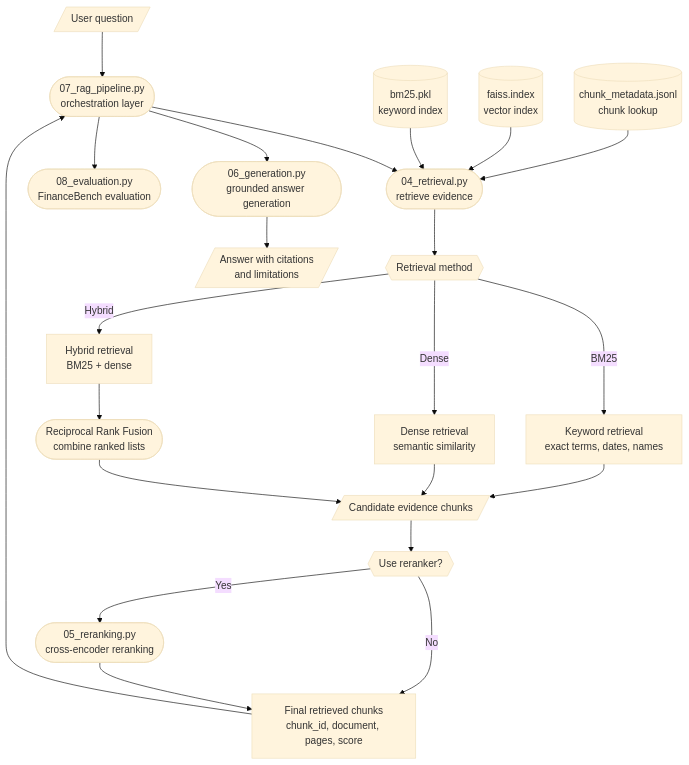
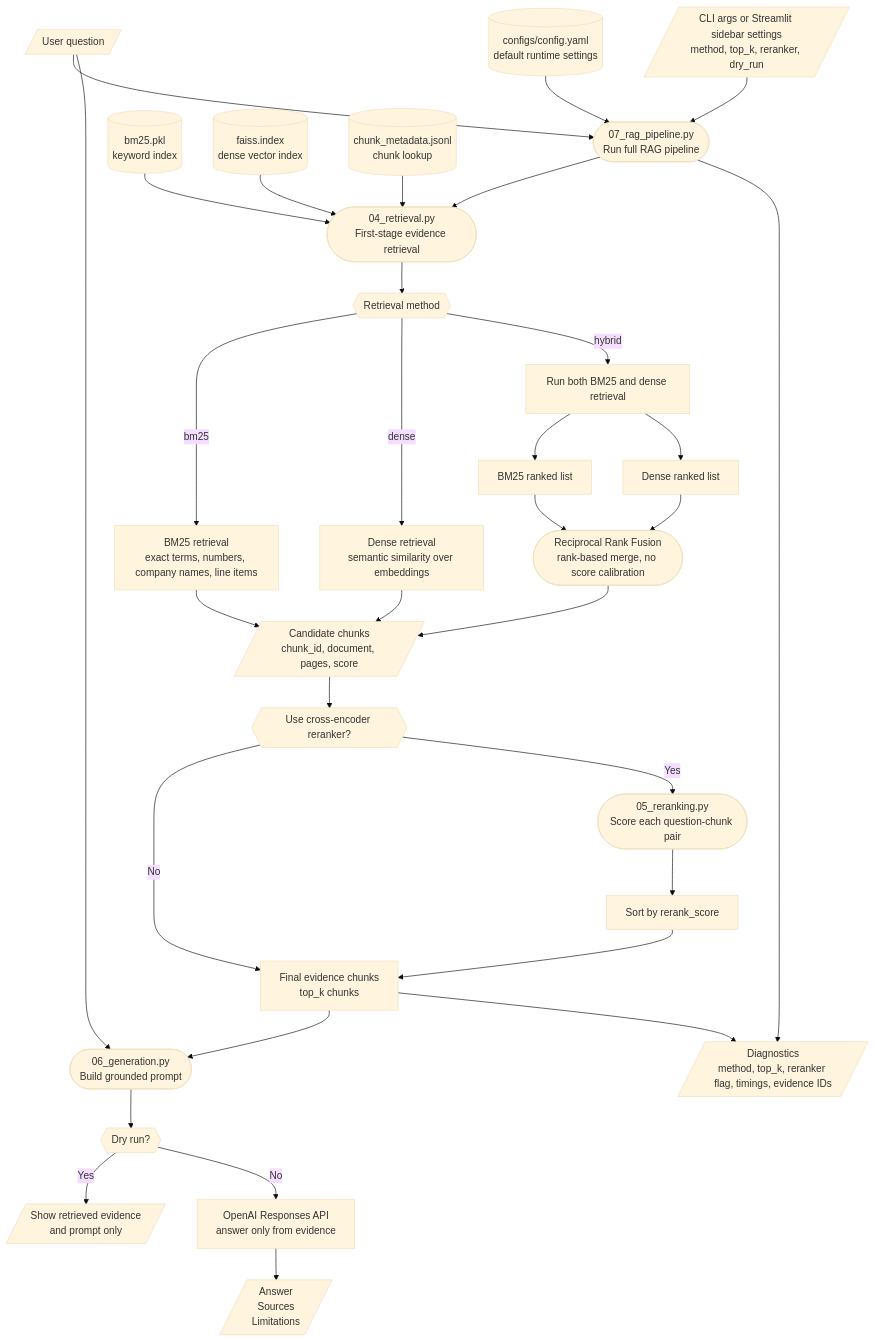
Before and after one commit to RegNLP/FinanceRAG-mini: the second of 3 diagrams in README.md, drawn with Mermaid (base theme). The commit also changed other lines of this file, not shown here.

````diff
--- a/README.md
+++ b/README.md
@@ -50,29 +145,47 @@
 ```mermaid
 flowchart TD
-    Q[/User question/] --> PIPE([07_rag_pipeline.py<br/>orchestration layer])
-    PIPE --> R([04_retrieval.py<br/>retrieve evidence])
+    %% User and orchestration
+    Q[/User question/] --> PIPE([07_rag_pipeline.py<br/>Run full RAG pipeline])
+    CFG[(configs/config.yaml<br/>default runtime settings)] --> PIPE
+    ARGS[/CLI args or Streamlit sidebar settings<br/>method, top_k, reranker, dry_run/] --> PIPE
 
-    B[(bm25.pkl<br/>keyword index)] --> R
-    F[(faiss.index<br/>vector index)] --> R
-    M[(chunk_metadata.jsonl<br/>chunk lookup)] --> R
+    %% Retrieval
+    PIPE --> R([04_retrieval.py<br/>First-stage evidence retrieval])
+    BM25[(bm25.pkl<br/>keyword index)] --> R
+    FAISS[(faiss.index<br/>dense vector index)] --> R
+    META[(chunk_metadata.jsonl<br/>chunk lookup)] --> R
 
-    R --> C{{Retrieval method}}
+    R --> METHOD{{Retrieval method}}
 
-    C -->|BM25| K[Keyword retrieval<br/>exact terms, dates, names]
-    C -->|Dense| D[Dense retrieval<br/>semantic similarity]
-    C -->|Hybrid| H[Hybrid retrieval<br/>BM25 + dense]
+    METHOD -->|bm25| RB[BM25 retrieval<br/>exact terms, numbers, company names, line items]
+    METHOD -->|dense| RD[Dense retrieval<br/>semantic similarity over embeddings]
+    METHOD -->|hybrid| RH[Run both BM25 and dense retrieval]
 
-    K --> O[/Candidate evidence chunks/]
-    D --> O
-    H --> X([Reciprocal Rank Fusion<br/>combine ranked lists])
-    X --> O
+    RH --> RHB[BM25 ranked list]
+    RH --> RHD[Dense ranked list]
+    RHB --> RRF([Reciprocal Rank Fusion<br/>rank-based merge, no score calibration])
+    RHD --> RRF
 
-    O --> RR{{Use reranker?}}
-    RR -->|No| P[Final retrieved chunks<br/>chunk_id, document, pages, score]
-    RR -->|Yes| RE([05_reranking.py<br/>cross-encoder reranking])
-    RE --> P
-    P --> PIPE
-    PIPE --> GEN([06_generation.py<br/>grounded answer generation])
-    GEN --> A[/Answer with citations<br/>and limitations/]
-    PIPE --> EV([08_evaluation.py<br/>FinanceBench evaluation])
+    RB --> CAND[/Candidate chunks<br/>chunk_id, document, pages, score/]
+    RD --> CAND
+    RRF --> CAND
+
+    %% Optional reranking
+    CAND --> RERANK{{Use cross-encoder reranker?}}
+    RERANK -->|No| FINAL[Final evidence chunks<br/>top_k chunks]
+    RERANK -->|Yes| RE([05_reranking.py<br/>Score each question-chunk pair])
+    RE --> RE1[Sort by rerank_score]
+    RE1 --> FINAL
+
+    %% Generation
+    FINAL --> PROMPT([06_generation.py<br/>Build grounded prompt])
+    Q --> PROMPT
+    PROMPT --> DRY{{Dry run?}}
+    DRY -->|Yes| OUT1[/Show retrieved evidence<br/>and prompt only/]
+    DRY -->|No| LLM[OpenAI Responses API<br/>answer only from evidence]
+    LLM --> OUT2[/Answer<br/>Sources<br/>Limitations/]
+
+    %% Diagnostics
+    PIPE --> DIAG[/Diagnostics<br/>method, top_k, reranker flag, timings, evidence IDs/]
+    FINAL --> DIAG
 ```
````
